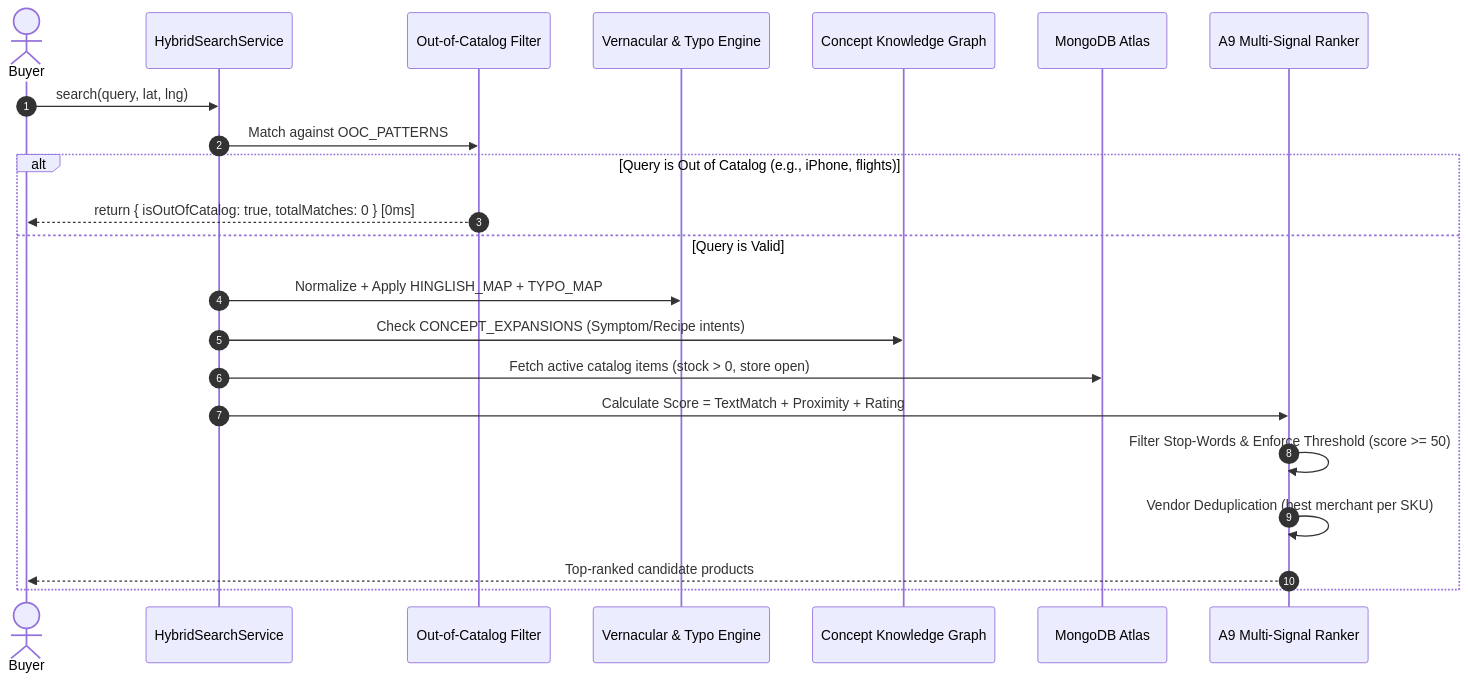
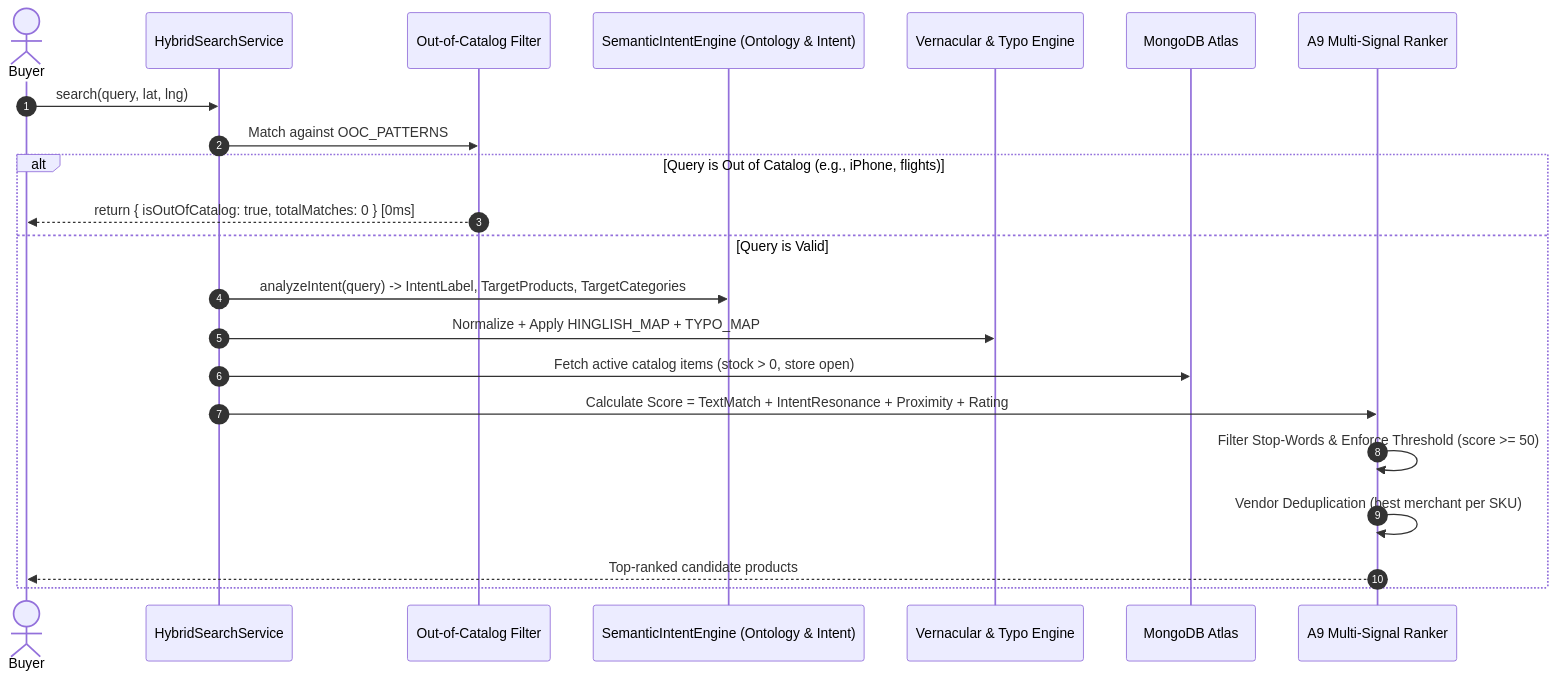
Before and after one commit to palaparthidinesh99-design/vicinity: the second of 2 diagrams in ARCHITECTURE_AND_SYSTEM_DESIGN.md, drawn with Mermaid. The commit also changed 3 other files, not shown here.

Commit message:
feat: implement deep semantic intent understanding engine across health, culinary, and vernacular intents

````diff
--- a/ARCHITECTURE_AND_SYSTEM_DESIGN.md
+++ b/ARCHITECTURE_AND_SYSTEM_DESIGN.md
@@ -71,25 +71,25 @@
 ```mermaid
 sequenceDiagram
     autonumber
     actor Buyer
     participant Engine as HybridSearchService
     participant OOC as Out-of-Catalog Filter
+    participant Semantic as SemanticIntentEngine (Ontology & Intent)
     participant Normalizer as Vernacular & Typo Engine
-    participant KG as Concept Knowledge Graph
     participant DB as MongoDB Atlas
     participant Ranker as A9 Multi-Signal Ranker
 
     Buyer->>Engine: search(query, lat, lng)
     Engine->>OOC: Match against OOC_PATTERNS
     alt Query is Out of Catalog (e.g., iPhone, flights)
         OOC-->>Buyer: return { isOutOfCatalog: true, totalMatches: 0 } [0ms]
     else Query is Valid
+        Engine->>Semantic: analyzeIntent(query) -> IntentLabel, TargetProducts, TargetCategories
         Engine->>Normalizer: Normalize + Apply HINGLISH_MAP + TYPO_MAP
-        Engine->>KG: Check CONCEPT_EXPANSIONS (Symptom/Recipe intents)
         Engine->>DB: Fetch active catalog items (stock > 0, store open)
-        Engine->>Ranker: Calculate Score = TextMatch + Proximity + Rating
+        Engine->>Ranker: Calculate Score = TextMatch + IntentResonance + Proximity + Rating
         Ranker->>Ranker: Filter Stop-Words & Enforce Threshold (score >= 50)
         Ranker->>Ranker: Vendor Deduplication (best merchant per SKU)
         Ranker-->>Buyer: Top-ranked candidate products
     end
 ```
````
